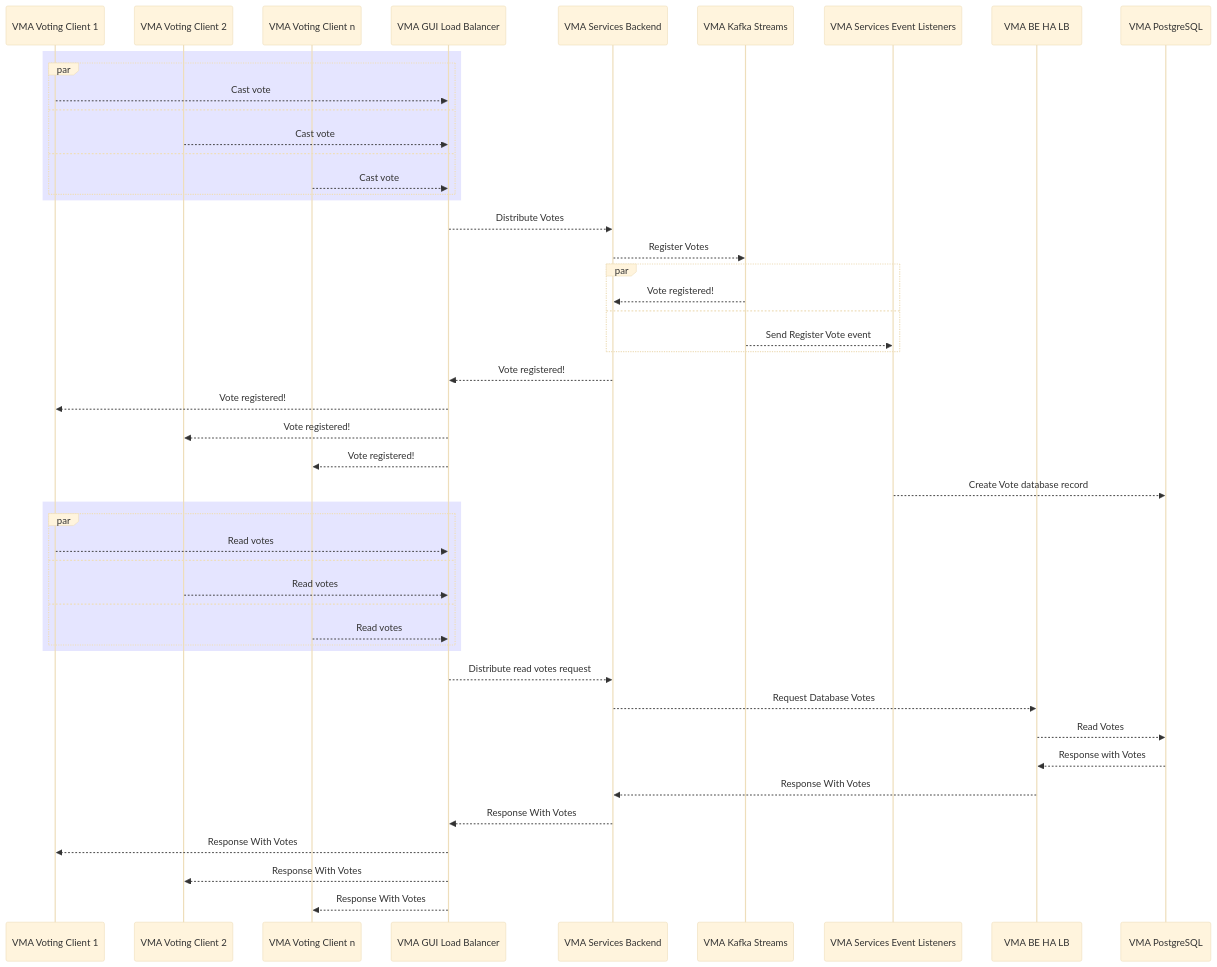
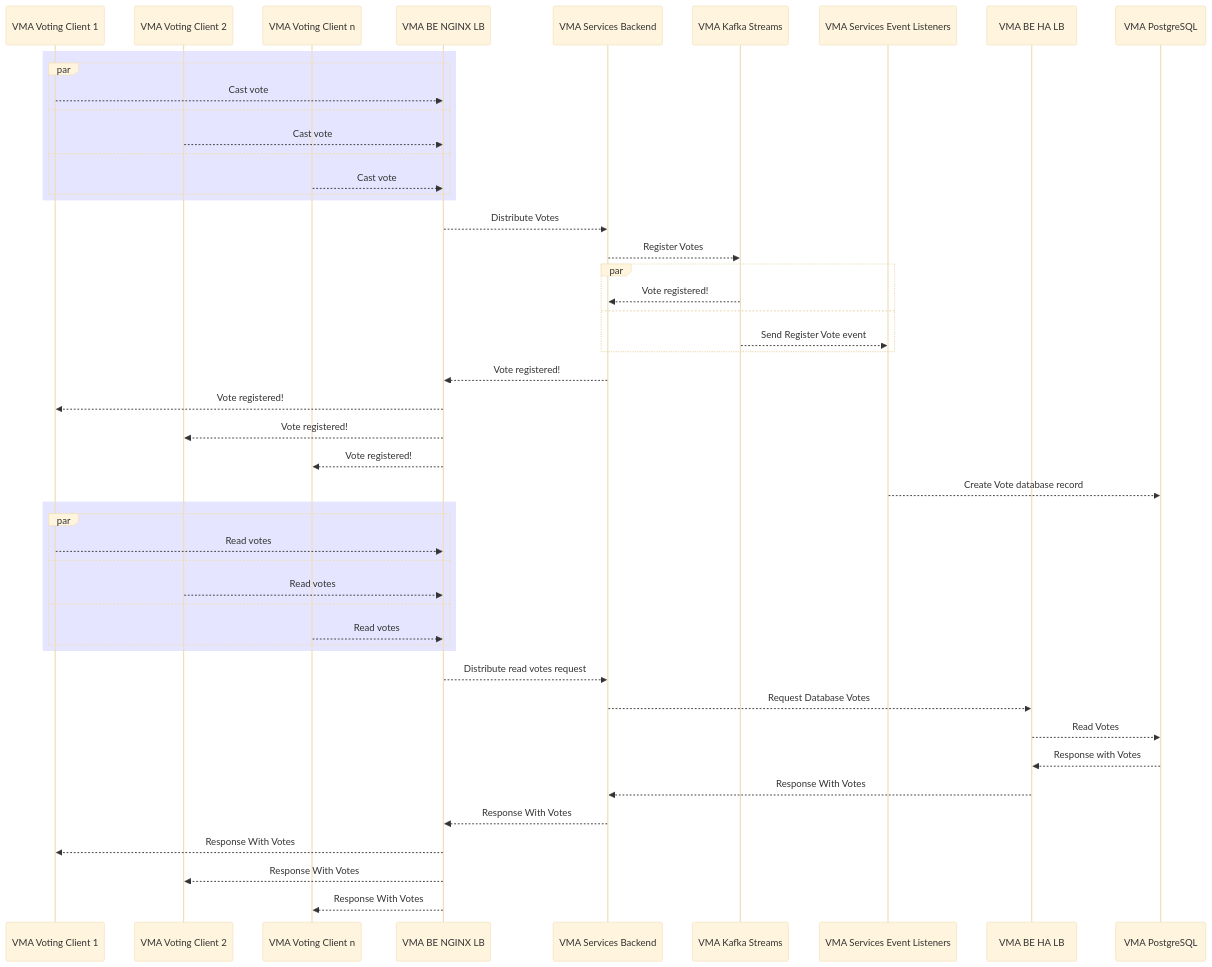
One commit to jesperancinha/vma-archiver changed the diagram in README.md. Above: the diagram before and after it, drawn with Mermaid (base theme). The commit also changed 13 other files, not shown here.

Commit message:
🌿 NGINX Load balancer for a multi app environment

````diff
--- a/README.md
+++ b/README.md
@@ -82,52 +82,52 @@
 ```mermaid
     sequenceDiagram
         participant VMA Voting Client 1
         participant VMA Voting Client 2
         participant VMA Voting Client n
-        participant VMA GUI Load Balancer
+        participant VMA BE NGINX LB
         participant VMA Services Backend
         participant VMA Kafka Streams
         participant VMA Services Event Listeners
         participant VMA BE HA LB
         participant VMA PostgreSQL
         
         rect rgba(0, 0, 255, .1)
         par
-        VMA Voting Client 1-->> VMA GUI Load Balancer: Cast vote
+        VMA Voting Client 1-->> VMA BE NGINX LB: Cast vote
         and
-        VMA Voting Client 2-->> VMA GUI Load Balancer: Cast vote
+        VMA Voting Client 2-->> VMA BE NGINX LB: Cast vote
         and
-        VMA Voting Client n-->> VMA GUI Load Balancer: Cast vote
+        VMA Voting Client n-->> VMA BE NGINX LB: Cast vote
         end
         end
-        VMA GUI Load Balancer-->>VMA Services Backend: Distribute Votes
+        VMA BE NGINX LB-->>VMA Services Backend: Distribute Votes
         VMA Services Backend-->>VMA Kafka Streams: Register Votes
         par
         VMA Kafka Streams-->>VMA Services Backend: Vote registered!
         and
         VMA Kafka Streams-->>VMA Services Event Listeners: Send Register Vote event
         end
-        VMA Services Backend-->>VMA GUI Load Balancer: Vote registered!
-        VMA GUI Load Balancer-->>VMA Voting Client 1: Vote registered!
-        VMA GUI Load Balancer-->>VMA Voting Client 2: Vote registered!
-        VMA GUI Load Balancer-->>VMA Voting Client n: Vote registered!
+        VMA Services Backend-->>VMA BE NGINX LB: Vote registered!
+        VMA BE NGINX LB-->>VMA Voting Client 1: Vote registered!
+        VMA BE NGINX LB-->>VMA Voting Client 2: Vote registered!
+        VMA BE NGINX LB-->>VMA Voting Client n: Vote registered!
         VMA Services Event Listeners-->>VMA PostgreSQL: Create Vote database record
         rect rgba(0, 0, 255, .1)
         par
-        VMA Voting Client 1-->> VMA GUI Load Balancer: Read votes
+        VMA Voting Client 1-->> VMA BE NGINX LB: Read votes
         and
-        VMA Voting Client 2-->> VMA GUI Load Balancer: Read votes
+        VMA Voting Client 2-->> VMA BE NGINX LB: Read votes
         and
-        VMA Voting Client n-->> VMA GUI Load Balancer: Read votes
+        VMA Voting Client n-->> VMA BE NGINX LB: Read votes
         end
         end
-        VMA GUI Load Balancer-->>VMA Services Backend: Distribute read votes request
+        VMA BE NGINX LB-->>VMA Services Backend: Distribute read votes request
         VMA Services Backend-->>VMA BE HA LB: Request Database Votes
         VMA BE HA LB-->>VMA PostgreSQL: Read Votes
         VMA PostgreSQL-->>VMA BE HA LB: Response with Votes
         VMA BE HA LB-->>VMA Services Backend: Response With Votes
-        VMA Services Backend-->>VMA GUI Load Balancer: Response With Votes
-        VMA GUI Load Balancer-->>VMA Voting Client 1: Response With Votes
-        VMA GUI Load Balancer-->>VMA Voting Client 2: Response With Votes
-        VMA GUI Load Balancer-->>VMA Voting Client n: Response With Votes
+        VMA Services Backend-->>VMA BE NGINX LB: Response With Votes
+        VMA BE NGINX LB-->>VMA Voting Client 1: Response With Votes
+        VMA BE NGINX LB-->>VMA Voting Client 2: Response With Votes
+        VMA BE NGINX LB-->>VMA Voting Client n: Response With Votes
 ```
````
